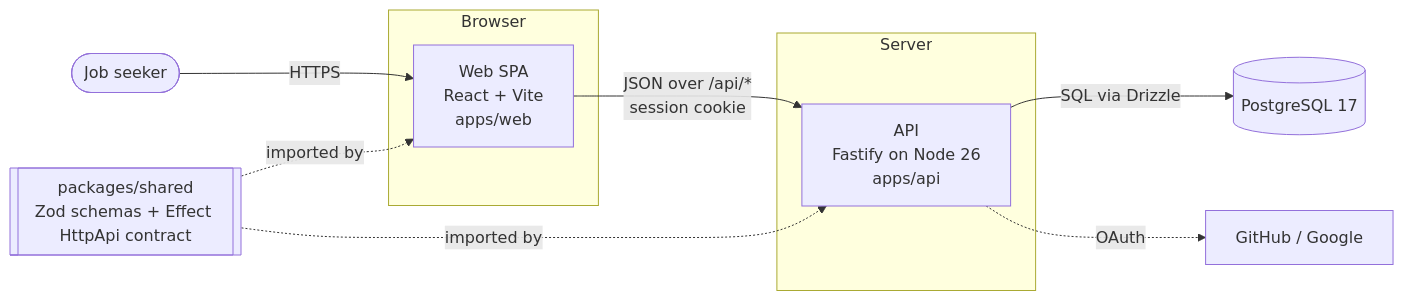
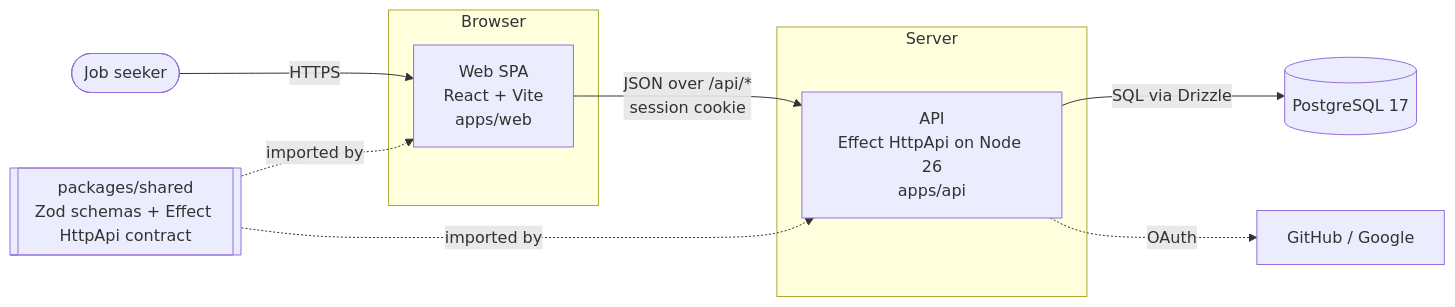
The first of 6 diagrams in docs/architecture.md (brianpatterson/interview-app), drawn with Mermaid before and after one commit. The commit also changed other lines of this file and 22 other files, not shown here.

First line of the commit message:
feat(api): serve the API with Effect HttpApi instead of Fastify (step 4b) (#39)

````diff
--- a/docs/architecture.md
+++ b/docs/architecture.md
@@ -34,20 +34,20 @@
 ```mermaid
 flowchart LR
   user([Job seeker]) -->|HTTPS| web
 
   subgraph Browser
     web[Web SPA<br/>React + Vite<br/>apps/web]
   end
 
   subgraph Server
-    api[API<br/>Fastify on Node 26<br/>apps/api]
+    api[API<br/>Effect HttpApi on Node 26<br/>apps/api]
   end
 
   db[(PostgreSQL 17)]
 
   web -->|JSON over /api/*<br/>session cookie| api
   api -->|SQL via Drizzle| db
   api -.OAuth.-> idp[GitHub / Google]
   shared[[packages/shared<br/>Zod schemas + Effect HttpApi contract]] -.imported by.-> web
   shared -.imported by.-> api
 ```
````
